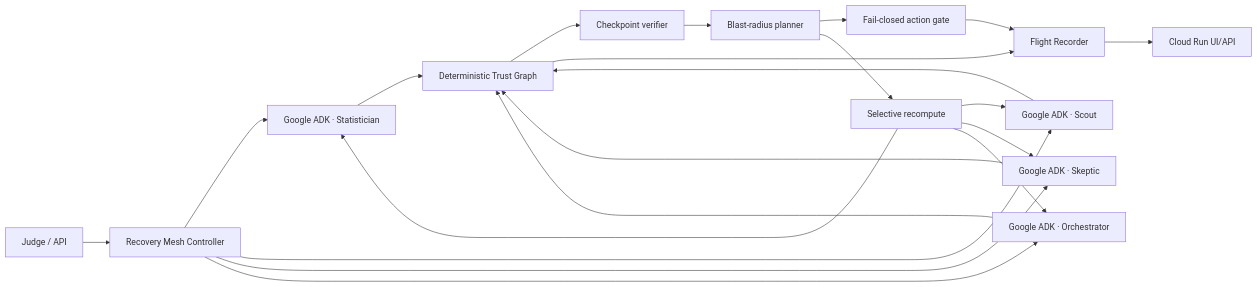
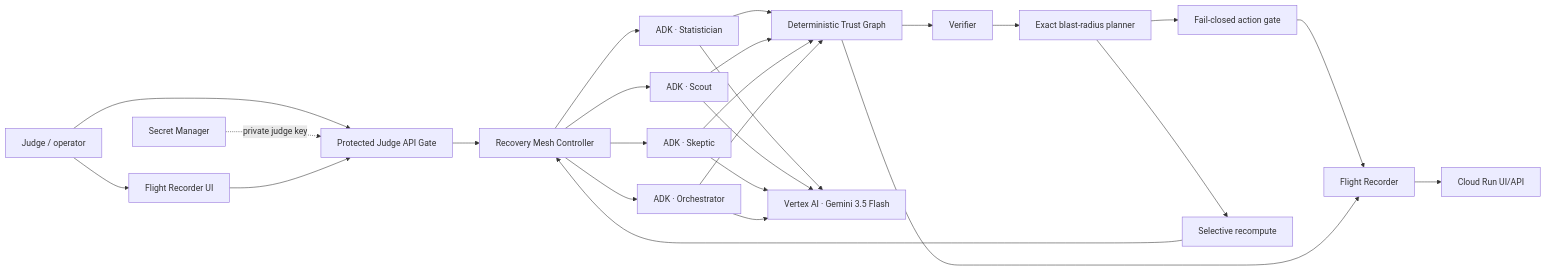
The diagram in README.md (evidencebound/evidencebound-recovery-mesh), drawn with Mermaid before and after one commit. The commit also changed other lines of this file, not shown here.

Commit message:
docs: document bounded judge access and Secret Manager path

````diff
--- a/README.md
+++ b/README.md
@@ -48,23 +48,28 @@
 ```mermaid
 flowchart LR
-  U[Judge / API] --> M[Recovery Mesh Controller]
-  M --> A1[Google ADK · Statistician]
-  M --> A2[Google ADK · Scout]
-  M --> A3[Google ADK · Skeptic]
-  M --> A4[Google ADK · Orchestrator]
+  U[Judge / operator] --> UI[Flight Recorder UI]
+  U --> K[Protected Judge API Gate]
+  SM[Secret Manager] -. private judge key .-> K
+  UI --> K
+  K --> M[Recovery Mesh Controller]
+  M --> A1[ADK · Statistician]
+  M --> A2[ADK · Scout]
+  M --> A3[ADK · Skeptic]
+  M --> A4[ADK · Orchestrator]
   A1 --> G[Deterministic Trust Graph]
   A2 --> G
   A3 --> G
   A4 --> G
-  G --> V[Checkpoint verifier]
-  V --> B[Blast-radius planner]
+  G --> V[Verifier]
+  V --> B[Exact blast-radius planner]
   B --> X[Fail-closed action gate]
   B --> R[Selective recompute]
-  R --> A1
-  R --> A2
-  R --> A3
-  R --> A4
+  R --> M
   X --> F[Flight Recorder]
   G --> F
   F --> C[Cloud Run UI/API]
+  A1 --> VX[Vertex AI · Gemini 3.5 Flash]
+  A2 --> VX
+  A3 --> VX
+  A4 --> VX
 ```
````
